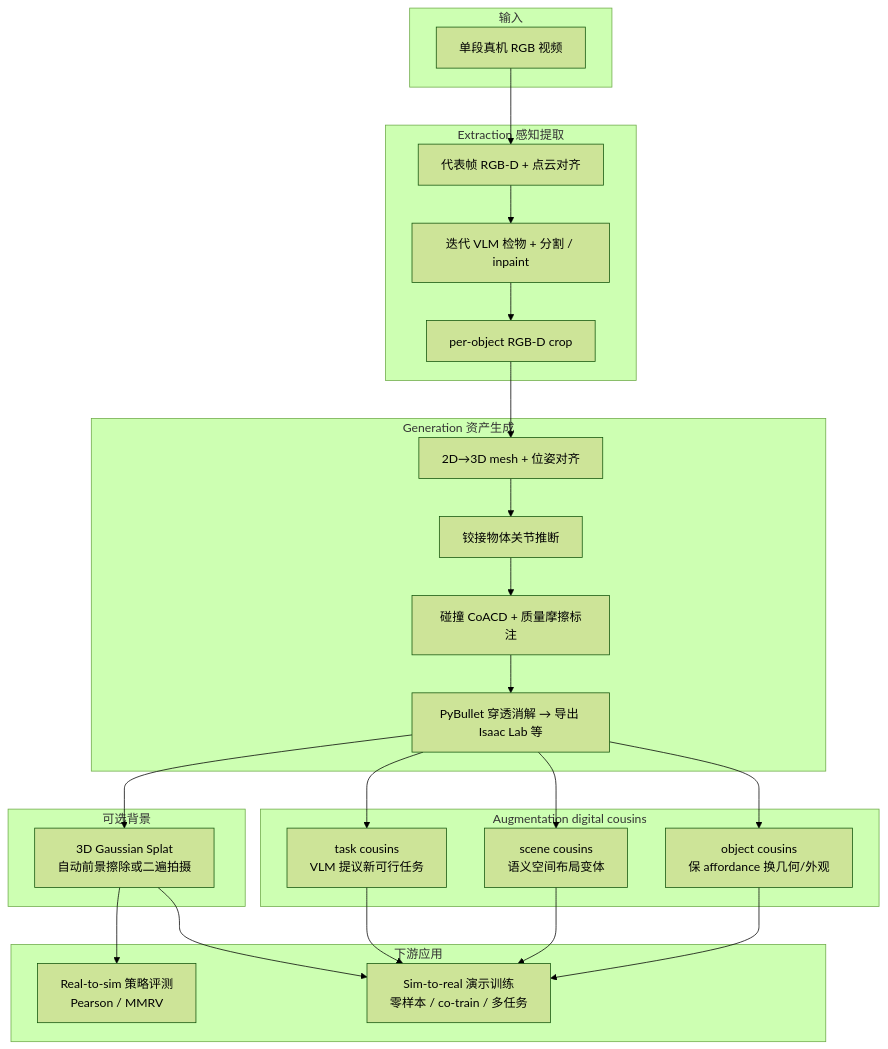
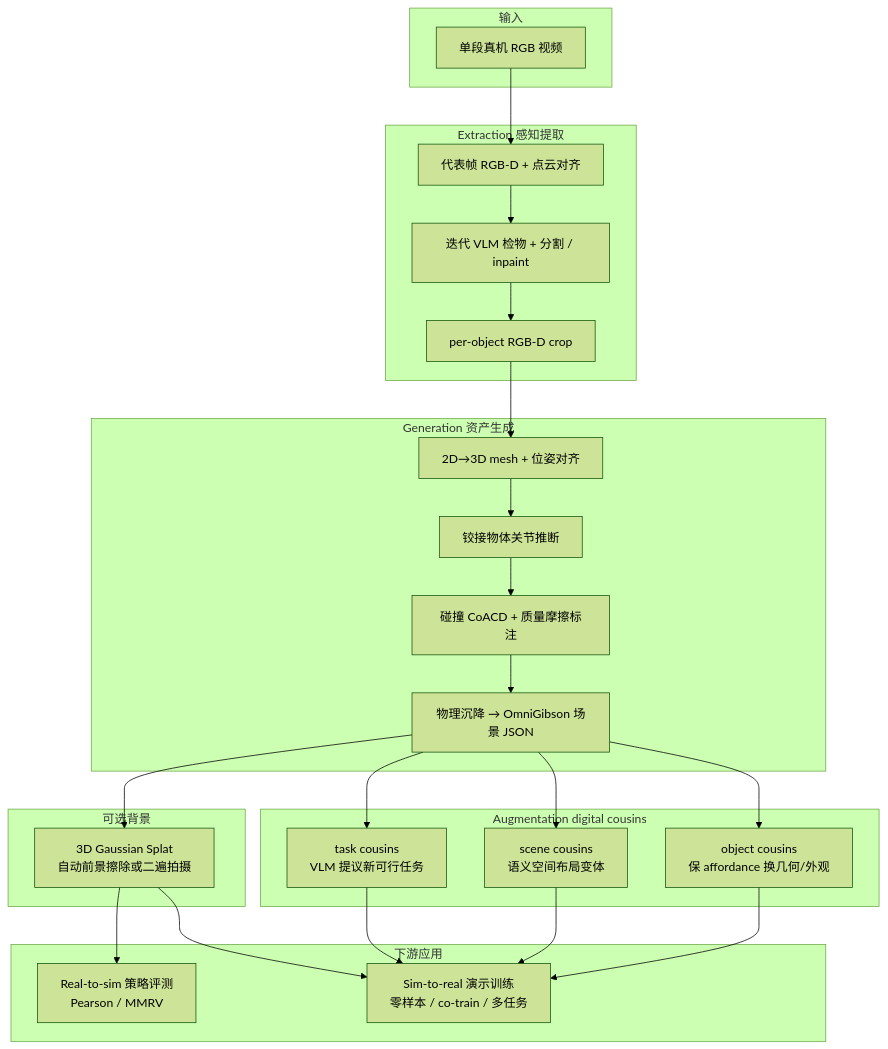
The first of 2 diagrams in wiki/entities/paper-simfoundry-real2sim-scene-generation.md (ImChong/Robotics_Notebooks), drawn with Mermaid (forest theme) before and after one commit. The commit also changed other lines of this file and 20 other files, not shown here.

````diff
--- a/wiki/entities/paper-simfoundry-real2sim-scene-generation.md
+++ b/wiki/entities/paper-simfoundry-real2sim-scene-generation.md
@@ -54,40 +58,40 @@
 ```mermaid
 flowchart TB
   subgraph in [输入]
     vid[单段真机 RGB 视频]
   end
   subgraph ext [Extraction 感知提取]
     rgbd[代表帧 RGB-D + 点云对齐]
     seg[迭代 VLM 检物 + 分割 / inpaint]
     crops[per-object RGB-D crop]
     vid --> rgbd --> seg --> crops
   end
   subgraph gen [Generation 资产生成]
     mesh[2D→3D mesh + 位姿对齐]
     art[铰接物体关节推断]
     phys[碰撞 CoACD + 质量摩擦标注]
-    compose[PyBullet 穿透消解 → 导出 Isaac Lab 等]
+    compose[物理沉降 → OmniGibson 场景 JSON]
     crops --> mesh --> art --> phys --> compose
   end
   subgraph aug [Augmentation digital cousins]
     oc[object cousins\n保 affordance 换几何/外观]
     sc[scene cousins\n语义空间布局变体]
     tc[task cousins\nVLM 提议新可行任务]
     compose --> oc
     compose --> sc
     compose --> tc
   end
   subgraph bg [可选背景]
     splat[3D Gaussian Splat\n自动前景擦除或二遍拍摄]
     compose --> splat
   end
   subgraph apps [下游应用]
     eval[Real-to-sim 策略评测\nPearson / MMRV]
     train[Sim-to-real 演示训练\n零样本 / co-train / 多任务]
     oc --> train
     sc --> train
     tc --> train
     splat --> eval
     splat --> train
   end
 ```
````
